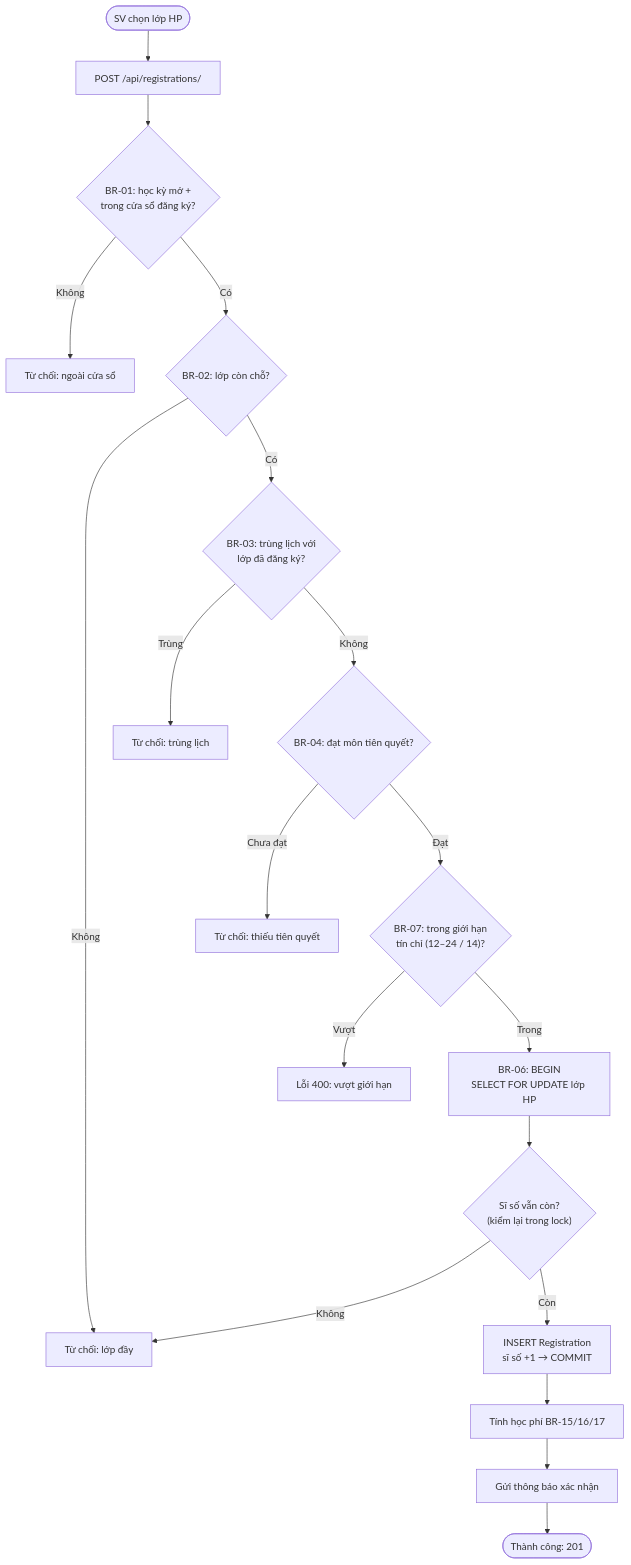
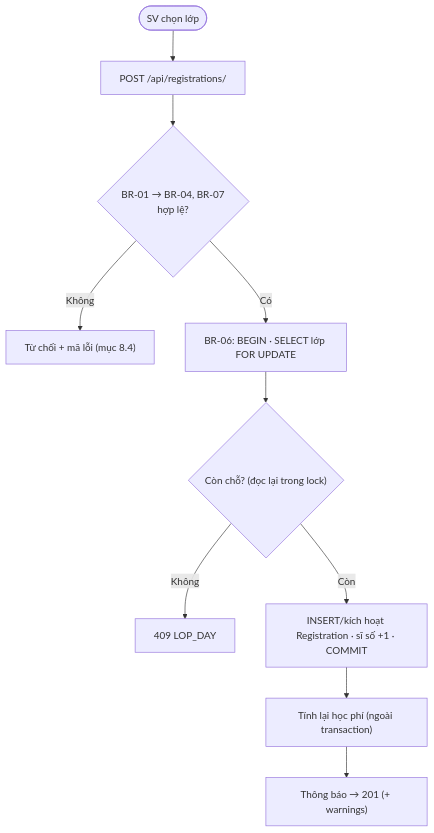
One commit to ThaiSon-123/HeThongDangKyMonHoc changed the first of 3 diagrams in plan.md. Above: the diagram before and after it, drawn with Mermaid. The commit also changed other lines of this file and 3 other files, not shown here.

````diff
--- a/plan.md
+++ b/plan.md
@@ -915,21 +642,12 @@
 ```mermaid
 flowchart TD
-    A(["SV chọn lớp HP"]) --> B["POST /api/registrations/"]
-    B --> C{"BR-01: học kỳ mở +<br/>trong cửa sổ đăng ký?"}
-    C -->|"Không"| X1["Từ chối: ngoài cửa sổ"]
-    C -->|"Có"| D{"BR-02: lớp còn chỗ?"}
-    D -->|"Không"| X2["Từ chối: lớp đầy"]
-    D -->|"Có"| E{"BR-03: trùng lịch với<br/>lớp đã đăng ký?"}
-    E -->|"Trùng"| X3["Từ chối: trùng lịch"]
-    E -->|"Không"| F{"BR-04: đạt môn tiên quyết?"}
-    F -->|"Chưa đạt"| X4["Từ chối: thiếu tiên quyết"]
-    F -->|"Đạt"| G{"BR-07: trong giới hạn<br/>tín chỉ (12–24 / 14)?"}
-    G -->|"Vượt"| X5["Lỗi 400: vượt giới hạn"]
-    G -->|"Trong"| H["BR-06: BEGIN<br/>SELECT FOR UPDATE lớp HP"]
-    H --> I{"Sĩ số vẫn còn?<br/>(kiểm lại trong lock)"}
-    I -->|"Không"| X2
-    I -->|"Còn"| J["INSERT Registration<br/>sĩ số +1 → COMMIT"]
-    J --> K["Tính học phí BR-15/16/17"]
-    K --> L["Gửi thông báo xác nhận"]
-    L --> M(["Thành công: 201"])
+    A(["SV chọn lớp"]) --> B["POST /api/registrations/"]
+    B --> C{"BR-01 → BR-04, BR-07<br/>hợp lệ?"}
+    C -->|"Không"| X["Từ chối + mã lỗi (mục 8.4)"]
+    C -->|"Có"| H["BR-06: BEGIN · SELECT lớp FOR UPDATE"]
+    H --> I{"Còn chỗ? (đọc lại trong lock)"}
+    I -->|"Không"| X2["409 LOP_DAY"]
+    I -->|"Còn"| J["INSERT/kích hoạt Registration · sĩ số +1 · COMMIT"]
+    J --> K["Tính lại học phí (ngoài transaction)"]
+    K --> L["Thông báo → 201 (+ warnings)"]
 ```
````
